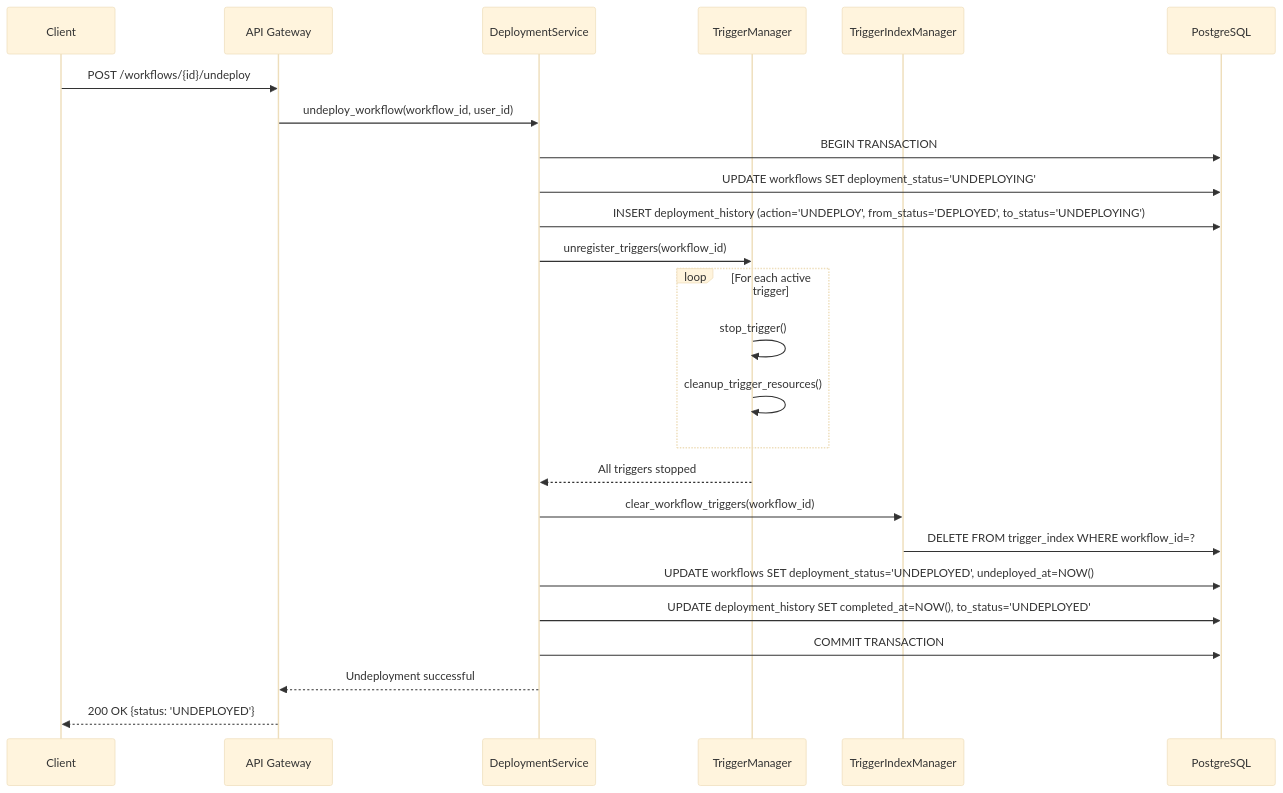
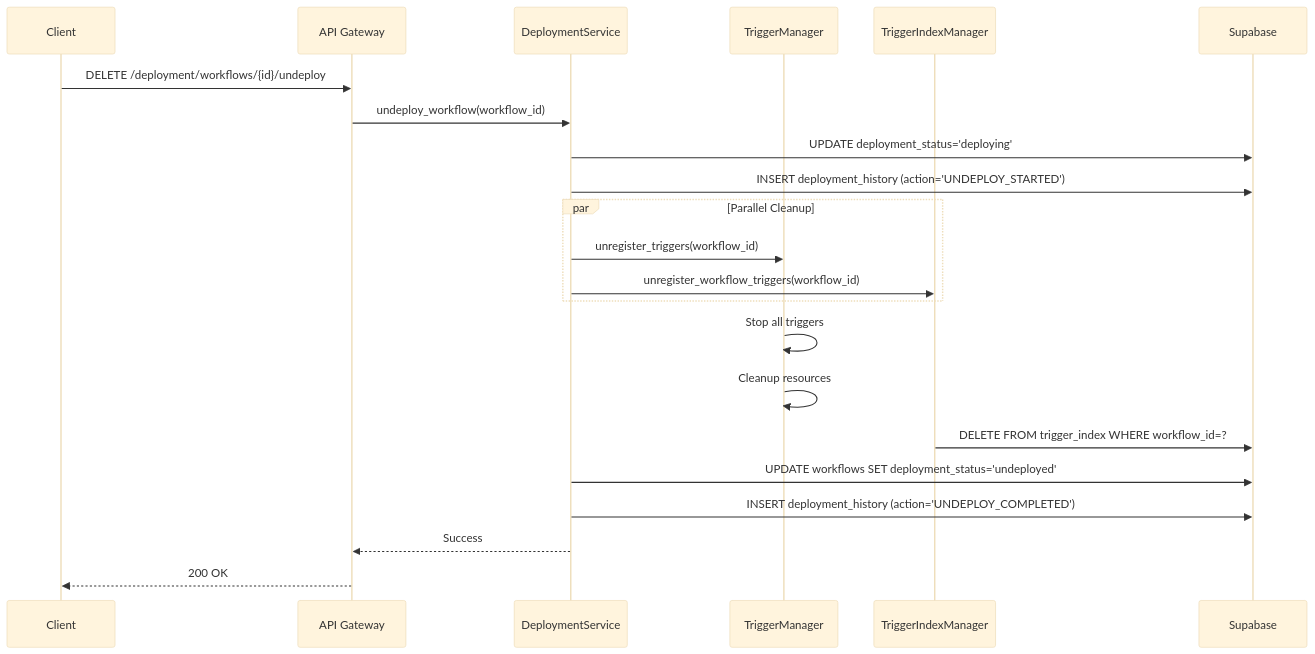
Before and after one commit to CurvatureX/agent_team_monorepo: the third of 9 diagrams in docs/tech-design/workflow-scheduler-architecture.md, drawn with Mermaid (base theme). The commit also changed other lines of this file and 22 other files, not shown here.

````diff
--- a/docs/tech-design/workflow-scheduler-architecture.md
+++ b/docs/tech-design/workflow-scheduler-architecture.md
@@ -821,35 +538,31 @@
 ```mermaid
 sequenceDiagram
     participant Client
     participant Gateway as API Gateway
     participant Deploy as DeploymentService
     participant TriggerMgr as TriggerManager
-    participant TriggerIndex as TriggerIndexManager
-    participant DB as PostgreSQL
+    participant IndexMgr as TriggerIndexManager
+    participant DB as Supabase
 
-    Client->>Gateway: POST /workflows/{id}/undeploy
-    Gateway->>Deploy: undeploy_workflow(workflow_id, user_id)
+    Client->>Gateway: DELETE /deployment/workflows/{id}/undeploy
+    Gateway->>Deploy: undeploy_workflow(workflow_id)
 
-    Deploy->>DB: BEGIN TRANSACTION
-    Deploy->>DB: UPDATE workflows SET deployment_status='UNDEPLOYING'
-    Deploy->>DB: INSERT deployment_history (action='UNDEPLOY', from_status='DEPLOYED', to_status='UNDEPLOYING')
+    Deploy->>DB: UPDATE deployment_status='deploying'
+    Deploy->>DB: INSERT deployment_history (action='UNDEPLOY_STARTED')
 
-    Deploy->>TriggerMgr: unregister_triggers(workflow_id)
-
-    loop For each active trigger
-        TriggerMgr->>TriggerMgr: stop_trigger()
-        TriggerMgr->>TriggerMgr: cleanup_trigger_resources()
+    par Parallel Cleanup
+        Deploy->>TriggerMgr: unregister_triggers(workflow_id)
+        Deploy->>IndexMgr: unregister_workflow_triggers(workflow_id)
     end
 
-    TriggerMgr-->>Deploy: All triggers stopped
+    TriggerMgr->>TriggerMgr: Stop all triggers
+    TriggerMgr->>TriggerMgr: Cleanup resources
 
-    Deploy->>TriggerIndex: clear_workflow_triggers(workflow_id)
-    TriggerIndex->>DB: DELETE FROM trigger_index WHERE workflow_id=?
+    IndexMgr->>DB: DELETE FROM trigger_index WHERE workflow_id=?
 
-    Deploy->>DB: UPDATE workflows SET deployment_status='UNDEPLOYED', undeployed_at=NOW()
-    Deploy->>DB: UPDATE deployment_history SET completed_at=NOW(), to_status='UNDEPLOYED'
-    Deploy->>DB: COMMIT TRANSACTION
+    Deploy->>DB: UPDATE workflows SET deployment_status='undeployed'
+    Deploy->>DB: INSERT deployment_history (action='UNDEPLOY_COMPLETED')
 
-    Deploy-->>Gateway: Undeployment successful
-    Gateway-->>Client: 200 OK {status: 'UNDEPLOYED'}
+    Deploy-->>Gateway: Success
+    Gateway-->>Client: 200 OK
 ```
````
